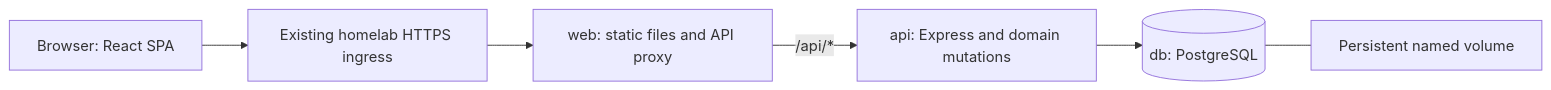
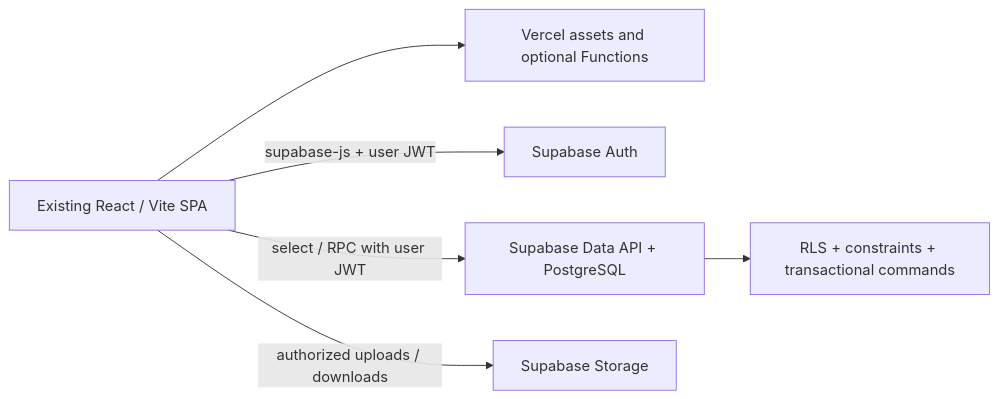
The diagram in docs/design/client-api-postgres.md (yaylinda/fountain-pens), drawn with Mermaid before and after one commit. The commit also changed other lines of this file and 4 other files, not shown here.

First line of the commit message:
docs(architecture): plan Vercel and Supabase migration

````diff
--- a/docs/design/client-api-postgres.md
+++ b/docs/design/client-api-postgres.md
@@ -78,8 +48,8 @@
 ```mermaid
 flowchart LR
-    Browser[Browser: React SPA] --> Edge[Existing homelab HTTPS ingress]
-    Edge --> Web[web: static files and API proxy]
-    Web -->|/api/*| API[api: Express and domain mutations]
-    API --> DB[(db: PostgreSQL)]
-    DB --- Volume[Persistent named volume]
+    Browser[Existing React / Vite SPA] --> Vercel[Vercel assets and optional Functions]
+    Browser -->|supabase-js + user JWT| Auth[Supabase Auth]
+    Browser -->|select / RPC with user JWT| DB[Supabase Data API + PostgreSQL]
+    Browser -->|authorized uploads / downloads| Storage[Supabase Storage]
+    DB --> Policies[RLS + constraints + transactional commands]
 ```
````
